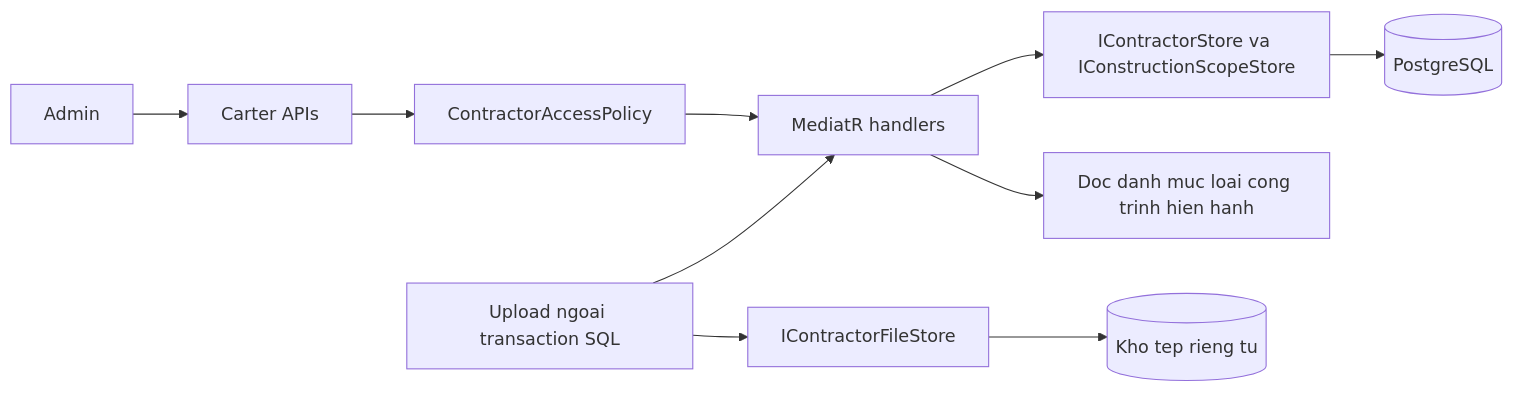
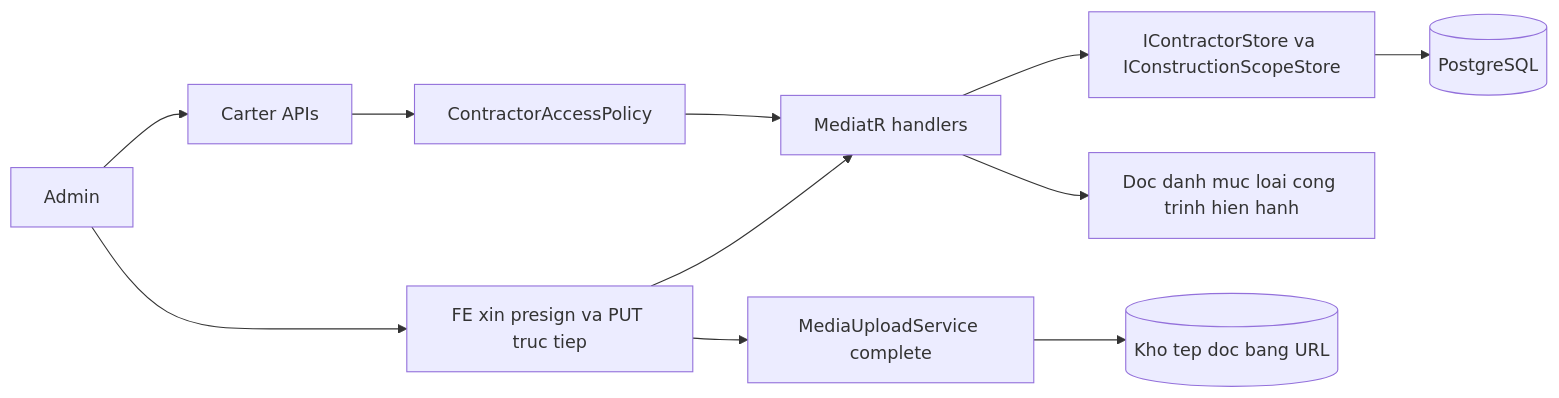
The first of 5 diagrams in tdd/TDD-CTR-001.md (TaskCoper/bmt-documentation), drawn with Mermaid before and after one commit. The commit also changed other lines of this file and 14 other files, not shown here.

````diff
--- a/tdd/TDD-CTR-001.md
+++ b/tdd/TDD-CTR-001.md
@@ -79,12 +79,13 @@
 ```mermaid
 flowchart LR
     Admin[Admin] --> Api[Carter APIs]
     Api --> Auth[ContractorAccessPolicy]
     Auth --> Handler[MediatR handlers]
     Handler --> Store[IContractorStore va IConstructionScopeStore]
     Store --> DB[(PostgreSQL)]
     Handler --> Catalog[Doc danh muc loai cong trinh hien hanh]
-    Upload[Upload ngoai transaction SQL] --> Files[IContractorFileStore]
-    Files --> Private[(Kho tep rieng tu)]
+    Admin --> Upload[FE xin presign va PUT truc tiep]
+    Upload --> Files[MediaUploadService complete]
+    Files --> Public[(Kho tep doc bang URL)]
     Upload --> Handler
 ```
````
